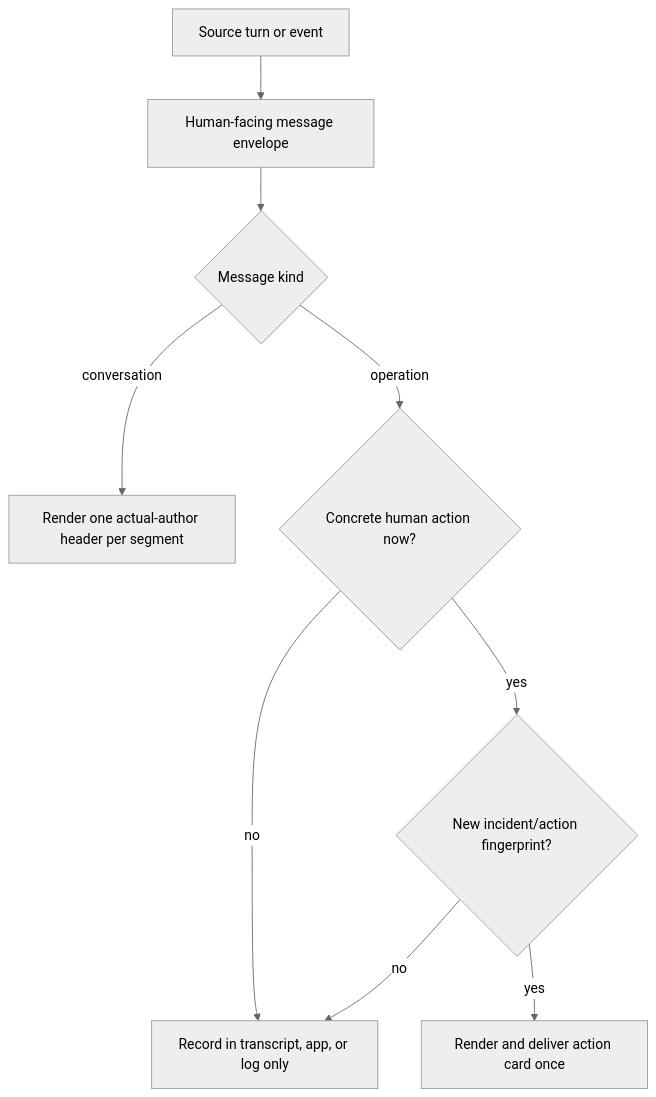
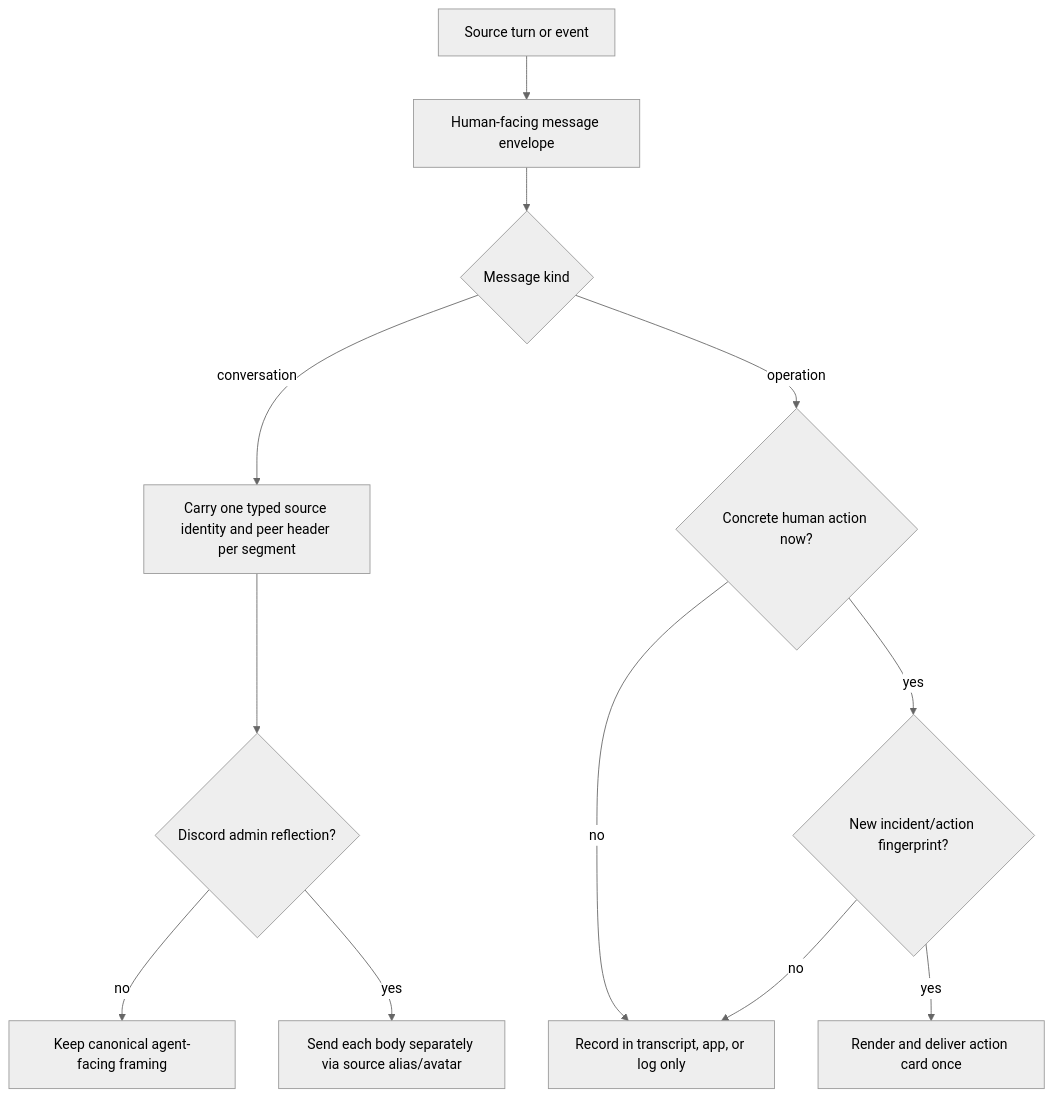
The diagram in docs/project/design/architecture/human-message-envelope.md (InstruktAI/TeleClaude), drawn with Mermaid (neutral theme) before and after one commit. The commit also changed other lines of this file and 5 other files, not shown here.

First line of the commit message:
docs: prepare source-authored peer reflections

````diff
--- a/docs/project/design/architecture/human-message-envelope.md
+++ b/docs/project/design/architecture/human-message-envelope.md
@@ -89,11 +109,14 @@
 ```mermaid
 flowchart TD
     S[Source turn or event] --> E[Human-facing message envelope]
     E --> K{Message kind}
-    K -- conversation --> I[Render one actual-author header per segment]
+    K -- conversation --> I[Carry one typed source identity and peer header per segment]
+    I --> D{Discord admin reflection?}
+    D -- no --> T[Keep canonical agent-facing framing]
+    D -- yes --> W[Send each body separately via source alias/avatar]
     K -- operation --> A{Concrete human action now?}
     A -- no --> R[Record in transcript, app, or log only]
     A -- yes --> F{New incident/action fingerprint?}
     F -- no --> R
     F -- yes --> C[Render and deliver action card once]
 ```
````
